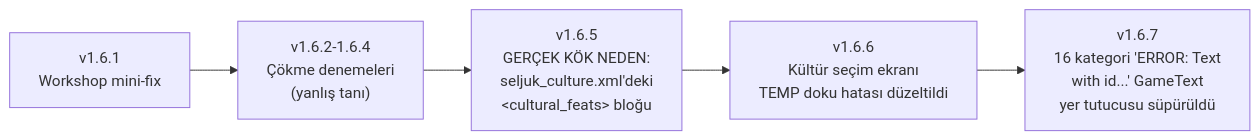
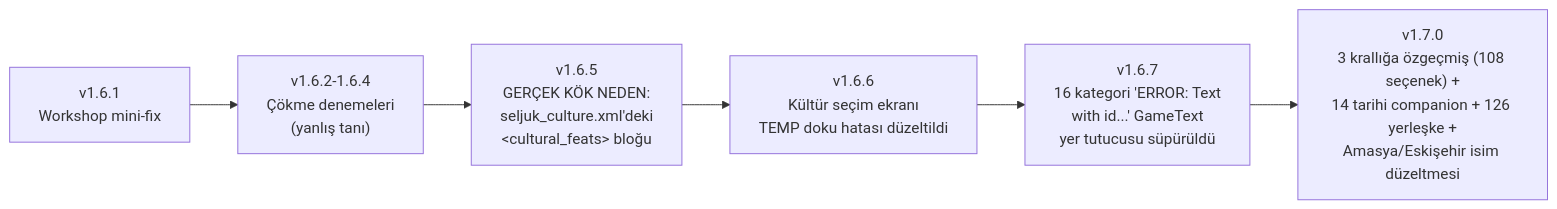
The tenth of 10 diagrams in graphify-out/graph.md (keremtrgl/OttomanJanissariesAndTurkicHeroes), drawn with Mermaid before and after one commit. The commit also changed other lines of this file and 5 other files, not shown here.

````diff
--- a/graphify-out/graph.md
+++ b/graphify-out/graph.md
@@ -320,7 +320,8 @@
 ```mermaid
 graph LR
     V161["v1.6.1<br/>Workshop mini-fix"] --> V162["v1.6.2-1.6.4<br/>Çökme denemeleri<br/>(yanlış tanı)"]
     V162 --> V165["v1.6.5<br/>GERÇEK KÖK NEDEN:<br/>seljuk_culture.xml'deki<br/>&lt;cultural_feats&gt; bloğu"]
     V165 --> V166["v1.6.6<br/>Kültür seçim ekranı<br/>TEMP doku hatası düzeltildi"]
     V166 --> V167["v1.6.7<br/>16 kategori 'ERROR: Text<br/>with id...' GameText<br/>yer tutucusu süpürüldü"]
+    V167 --> V170["v1.7.0<br/>3 krallığa özgeçmiş (108 seçenek) +<br/>14 tarihi companion + 126 yerleşke +<br/>Amasya/Eskişehir isim düzeltmesi"]
 ```
````
